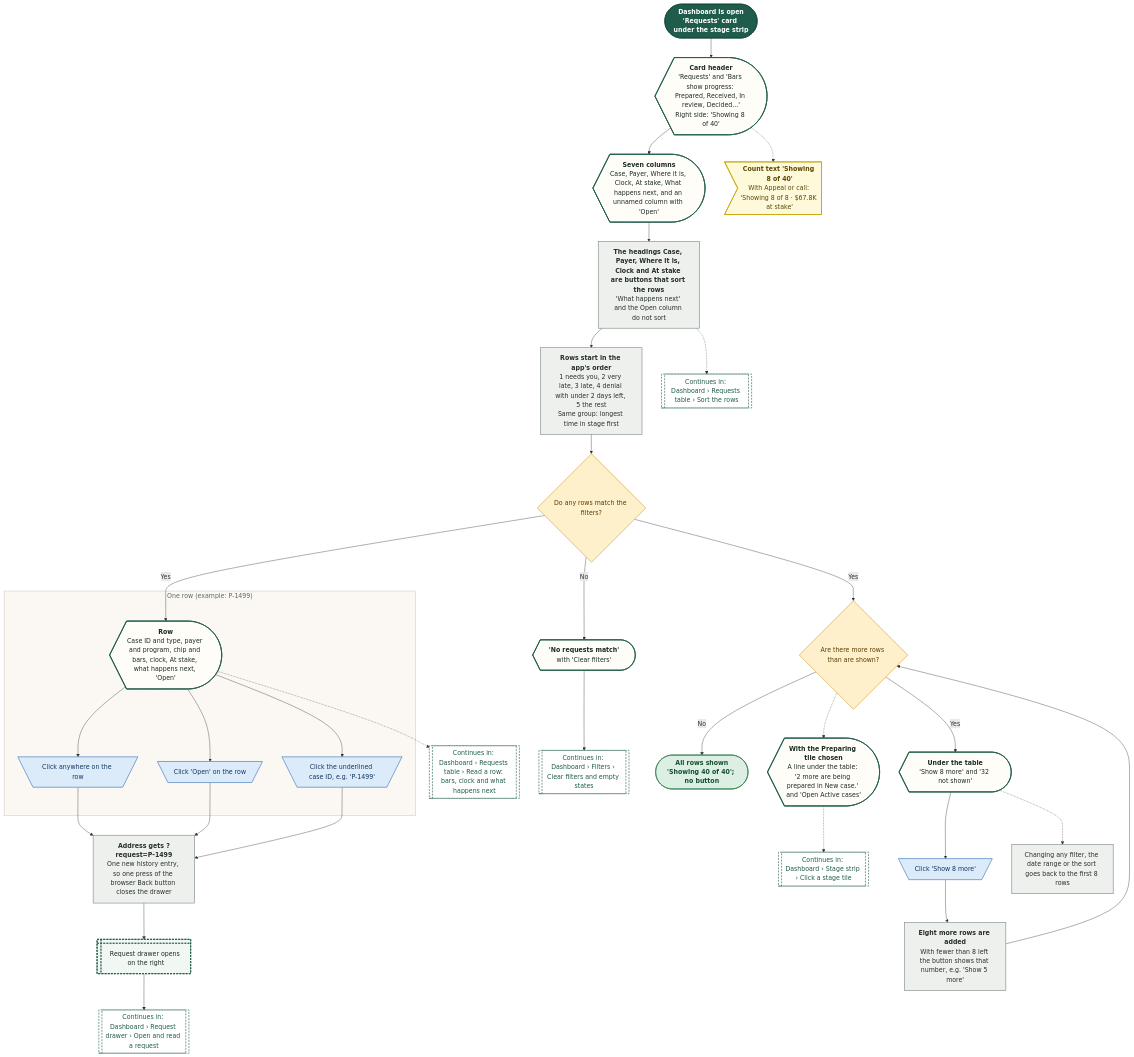
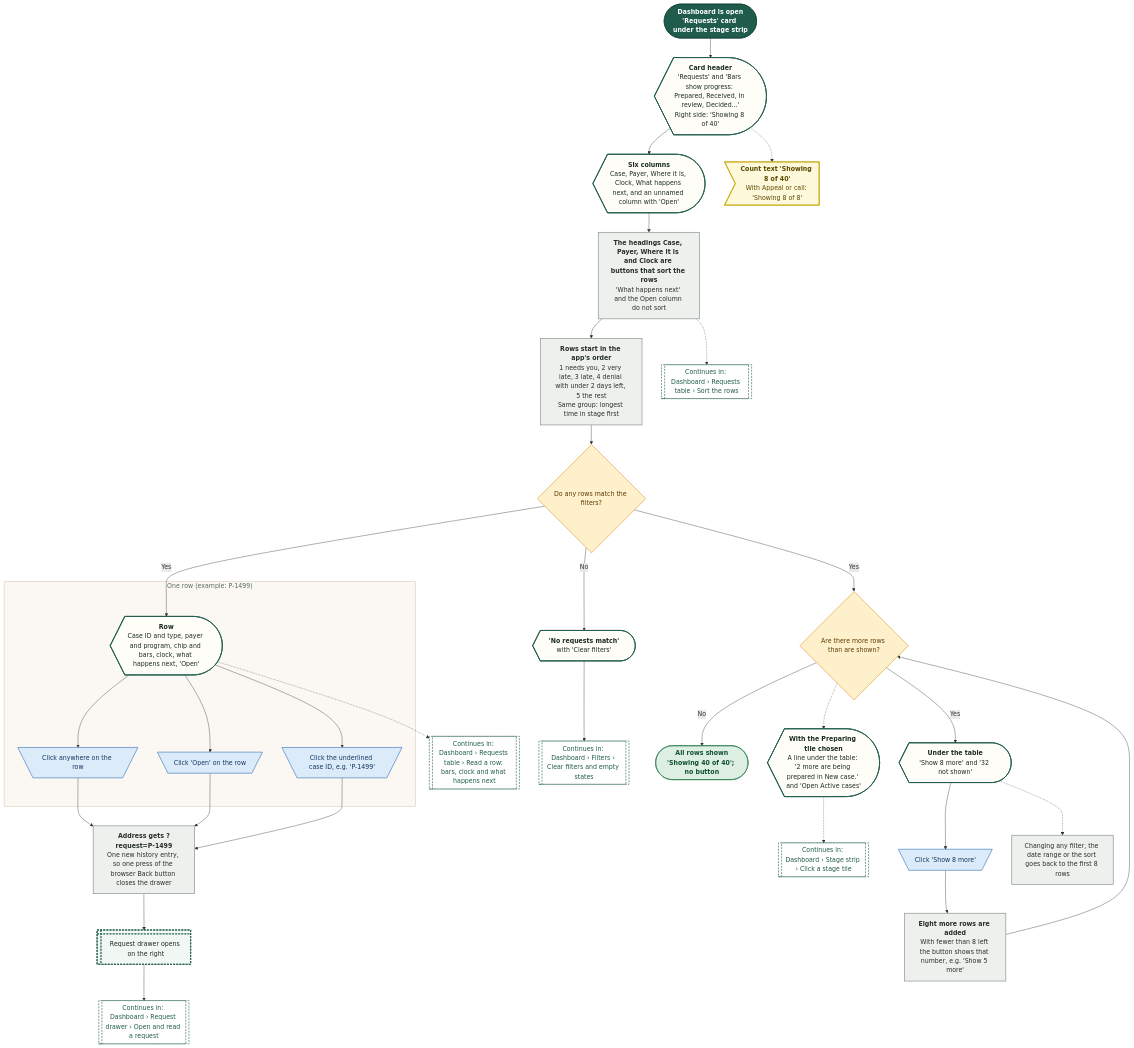
The diagram in demos/prior-auth-demo/workflows/out/mmd/02-dashboard/60-requests-table-order-rows-and-paging.mmd (Shrav143/psyfloapp), drawn with Mermaid before and after one commit. The commit also changed 39 other files, not shown here.

First line of the commit message:
docs: appeal analysis report in the site map and README; rebuild the workflow diagrams (225)

```diff
--- a/demos/prior-auth-demo/workflows/out/mmd/02-dashboard/60-requests-table-order-rows-and-paging.mmd
+++ b/demos/prior-auth-demo/workflows/out/mmd/02-dashboard/60-requests-table-order-rows-and-paging.mmd
@@ -1,72 +1,72 @@
 %%{init: {"theme":"base","themeVariables":{"fontFamily":"'DM Sans', 'Segoe UI', system-ui, sans-serif","fontSize":"15px","lineColor":"#5B6B63","primaryTextColor":"#1C2B25","clusterBkg":"#FBF8F3","clusterBorder":"#D9CDBB","edgeLabelBackground":"#FFFFFF"},"flowchart":{"curve":"basis","nodeSpacing":36,"rankSpacing":48,"padding":12,"htmlLabels":true,"useMaxWidth":false,"wrappingWidth":230}} }%%
 flowchart TD
   classDef k_start fill:#1F5C4B,stroke:#174638,color:#FFFFFF,stroke-width:1.5px,font-weight:600
   classDef k_end fill:#DDEFE3,stroke:#2E7D4F,color:#14502F,stroke-width:1.5px,font-weight:600
   classDef k_endx fill:#FBE3E0,stroke:#C0392B,color:#7A1F16,stroke-width:1.5px,font-weight:600
   classDef k_screen fill:#FFFDF8,stroke:#1F5C4B,color:#1C2B25,stroke-width:2px
   classDef k_overlay fill:#F1F7F3,stroke:#1F5C4B,color:#1C2B25,stroke-width:2px,stroke-dasharray:5 3
   classDef k_click fill:#DCEBFA,stroke:#2F6DB5,color:#12365F,stroke-width:1.5px
   classDef k_input fill:#E4E7FF,stroke:#4C5FD5,color:#1D2670,stroke-width:1.5px
   classDef k_process fill:#EEF0EE,stroke:#7A857F,color:#26302B,stroke-width:1.5px
   classDef k_agent fill:#EEE5FA,stroke:#7A4FC2,color:#341A63,stroke-width:1.5px
   classDef k_decision fill:#FFF0CC,stroke:#D9962B,color:#5C3B00,stroke-width:1.5px
   classDef k_store fill:#D5F0EA,stroke:#1C8E7B,color:#0B4A3F,stroke-width:1.5px
   classDef k_doc fill:#F6E9DC,stroke:#B07A4C,color:#4A2E14,stroke-width:1.5px
   classDef k_ext fill:#FFE6D2,stroke:#E07B39,color:#6B2F06,stroke-width:1.5px
   classDef k_wait fill:#E4E8EE,stroke:#6B7C93,color:#26303D,stroke-width:1.5px
   classDef k_toast fill:#FFF9DB,stroke:#C9A400,color:#5A4A00,stroke-width:1.5px
   classDef k_goto fill:#FFFFFF,stroke:#1F5C4B,color:#1F5C4B,stroke-width:1.5px,stroke-dasharray:5 3
   s1@{ shape: stadium, label: "<b>Dashboard is open</b><br/>'Requests' card under the stage strip" }
   sc1@{ shape: curv-trap, label: "<b>Card header</b><br/>'Requests' and 'Bars show progress: Prepared, Received, In review, Decided...'<br/>Right side: 'Showing 8 of 40'" }
-  sc2@{ shape: curv-trap, label: "<b>Seven columns</b><br/>Case, Payer, Where it is, Clock, At stake, What happens next, and an unnamed column with 'Open'" }
-  p1@{ shape: rect, label: "<b>The headings Case, Payer, Where it is, Clock and At stake are buttons that sort the rows</b><br/>'What happens next' and the Open column do not sort" }
+  sc2@{ shape: curv-trap, label: "<b>Six columns</b><br/>Case, Payer, Where it is, Clock, What happens next, and an unnamed column with 'Open'" }
+  p1@{ shape: rect, label: "<b>The headings Case, Payer, Where it is and Clock are buttons that sort the rows</b><br/>'What happens next' and the Open column do not sort" }
   p2@{ shape: rect, label: "<b>Rows start in the app's order</b><br/>1 needs you, 2 very late, 3 late, 4 denial with under 2 days left, 5 the rest<br/>Same group: longest time in stage first" }
   d0@{ shape: diam, label: "Do any rows match the filters?" }
   em@{ shape: curv-trap, label: "<b>'No requests match'</b><br/>with 'Clear filters'" }
   subgraph gRow ["One row (example: P-1499)"]
-  r1@{ shape: curv-trap, label: "<b>Row</b><br/>Case ID and type, payer and program, chip and bars, clock, At stake, what happens next, 'Open'" }
+  r1@{ shape: curv-trap, label: "<b>Row</b><br/>Case ID and type, payer and program, chip and bars, clock, what happens next, 'Open'" }
   c1@{ shape: trap-t, label: "Click anywhere on the row" }
   c2@{ shape: trap-t, label: "Click the underlined case ID, e.g. 'P-1499'" }
   c3@{ shape: trap-t, label: "Click 'Open' on the row" }
   end
   p3@{ shape: rect, label: "<b>Address gets ?request=P-1499</b><br/>One new history entry, so one press of the browser Back button closes the drawer" }
   o1@{ shape: win-pane, label: "Request drawer opens on the right" }
   g1@{ shape: subproc, label: "Continues in: Dashboard › Request drawer › Open and read a request" }
   g2@{ shape: subproc, label: "Continues in: Dashboard › Requests table › Read a row: bars, clock and what happens next" }
   g3@{ shape: subproc, label: "Continues in: Dashboard › Filters › Clear filters and empty states" }
   g4@{ shape: subproc, label: "Continues in: Dashboard › Requests table › Sort the rows" }
   g5@{ shape: subproc, label: "Continues in: Dashboard › Stage strip › Click a stage tile" }
   d1@{ shape: diam, label: "Are there more rows than are shown?" }
   sc3@{ shape: curv-trap, label: "<b>Under the table</b><br/>'Show 8 more' and '32 not shown'" }
   c4@{ shape: trap-t, label: "Click 'Show 8 more'" }
   p5@{ shape: rect, label: "<b>Eight more rows are added</b><br/>With fewer than 8 left the button shows that number, e.g. 'Show 5 more'" }
   e1@{ shape: stadium, label: "<b>All rows shown</b><br/>'Showing 40 of 40'; no button" }
   p6@{ shape: rect, label: "Changing any filter, the date range or the sort goes back to the first 8 rows" }
-  t1@{ shape: odd, label: "<b>Count text 'Showing 8 of 40'</b><br/>With Appeal or call: 'Showing 8 of 8 · $67.8K at stake'" }
+  t1@{ shape: odd, label: "<b>Count text 'Showing 8 of 40'</b><br/>With Appeal or call: 'Showing 8 of 8'" }
   sc4@{ shape: curv-trap, label: "<b>With the Preparing tile chosen</b><br/>A line under the table: '2 more are being prepared in New case.' and 'Open Active cases'" }
   s1 --> sc1 --> sc2 --> p1 --> p2 --> d0
   d0 -->|"No"| em --> g3
   d0 -->|"Yes"| r1
   r1 --> c1 & c2 & c3
   c1 --> p3
   c3 --> p3
   c2 --> p3
   p3 --> o1 --> g1
   r1 -.-> g2
   p1 -.-> g4
   d0 -->|"Yes"| d1
   sc1 -.-> t1
   d1 -->|"Yes"| sc3 --> c4 --> p5 --> d1
   d1 -->|"No"| e1
   sc3 -.-> p6
   d1 -.-> sc4 -.-> g5
   class s1 k_start
   class sc1,sc2,em,r1,sc3,sc4 k_screen
   class p1,p2,p3,p5,p6 k_process
   class d0,d1 k_decision
   class c1,c2,c3,c4 k_click
   class o1 k_overlay
   class g1,g2,g3,g4,g5 k_goto
   class e1 k_end
   class t1 k_toast
   style gRow fill:#FBF8F3,stroke:#D9CDBB,stroke-width:1.5px,color:#5B6B63
```
